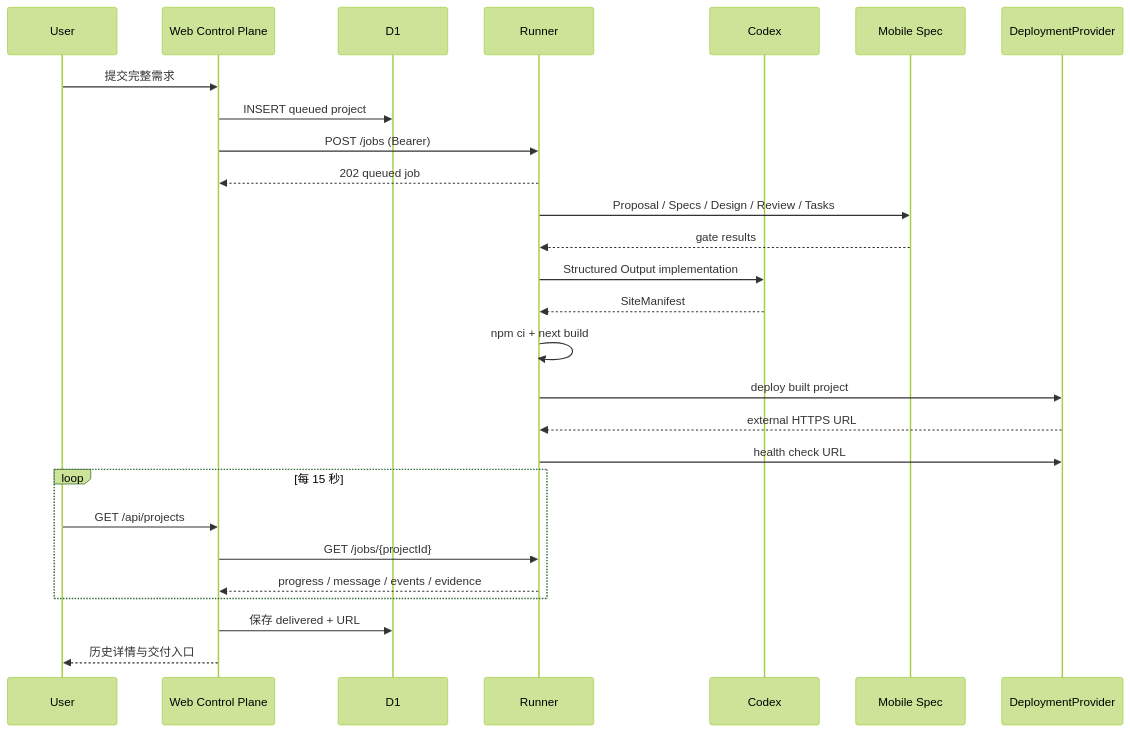
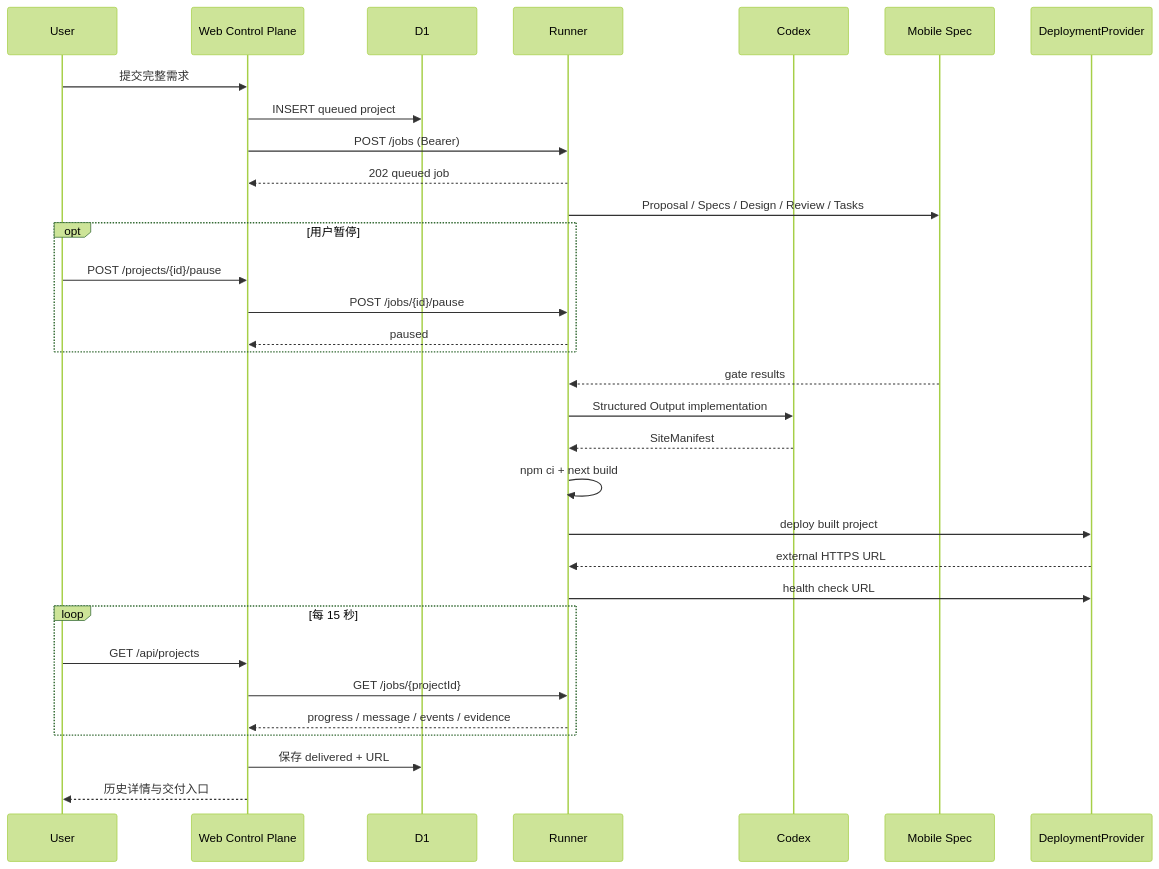
Before and after one commit to JonasQiu/mobile-app-build: the second of 2 diagrams in docs/总体技术方案.md, drawn with Mermaid (forest theme). The commit also changed other lines of this file and 26 other files, not shown here.

````diff
--- a/docs/总体技术方案.md
+++ b/docs/总体技术方案.md
@@ -27,30 +27,35 @@
 ```mermaid
 sequenceDiagram
   participant U as User
   participant W as Web Control Plane
   participant D as D1
   participant R as Runner
   participant C as Codex
   participant M as Mobile Spec
   participant P as DeploymentProvider
 
   U->>W: 提交完整需求
   W->>D: INSERT queued project
   W->>R: POST /jobs (Bearer)
   R-->>W: 202 queued job
   R->>M: Proposal / Specs / Design / Review / Tasks
+  opt 用户暂停
+    U->>W: POST /projects/{id}/pause
+    W->>R: POST /jobs/{id}/pause
+    R-->>W: paused
+  end
   M-->>R: gate results
   R->>C: Structured Output implementation
   C-->>R: SiteManifest
   R->>R: npm ci + next build
   R->>P: deploy built project
   P-->>R: external HTTPS URL
   R->>P: health check URL
   loop 每 15 秒
     U->>W: GET /api/projects
     W->>R: GET /jobs/{projectId}
     R-->>W: progress / message / events / evidence
   end
   W->>D: 保存 delivered + URL
   W-->>U: 历史详情与交付入口
 ```
````
